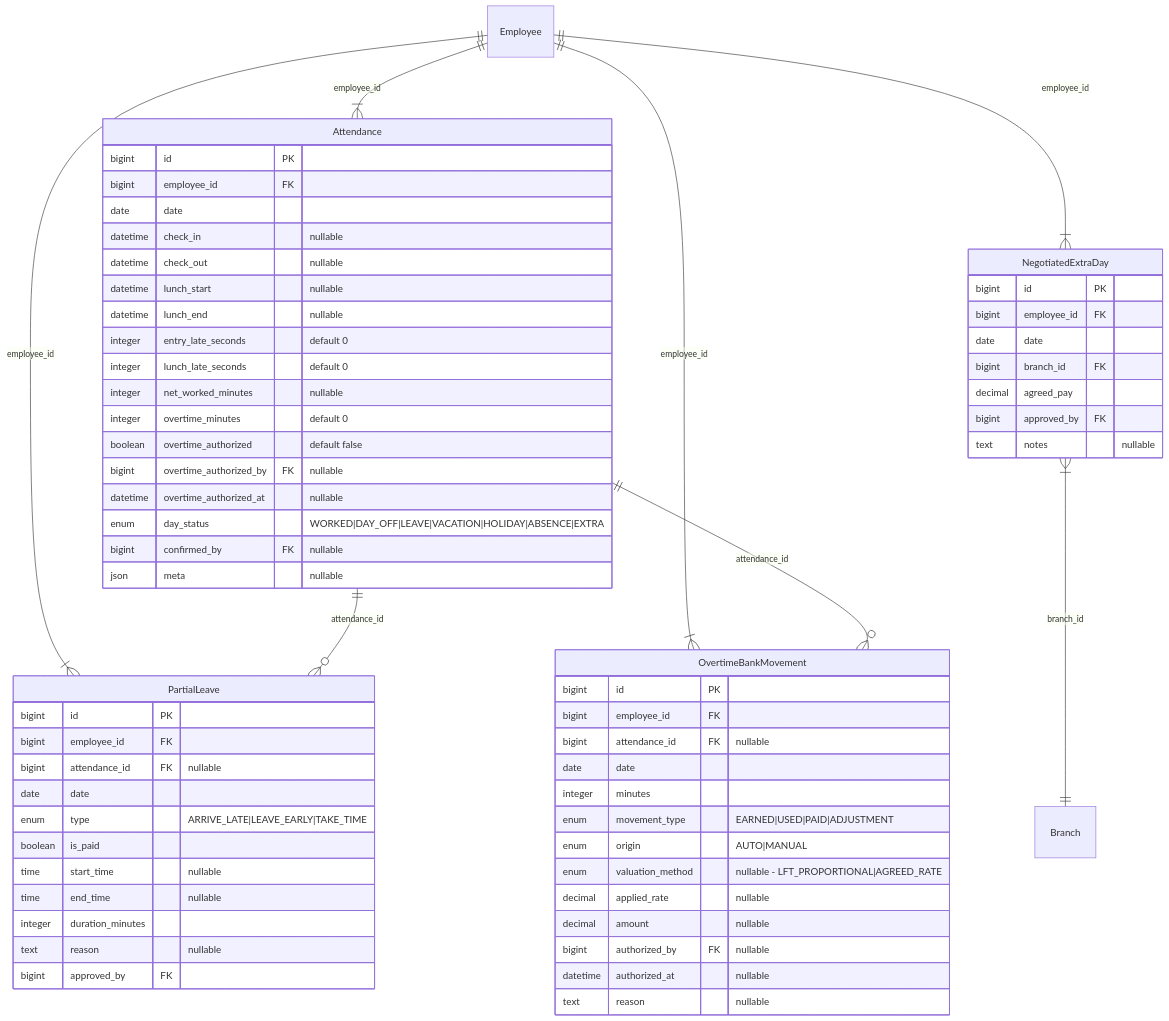
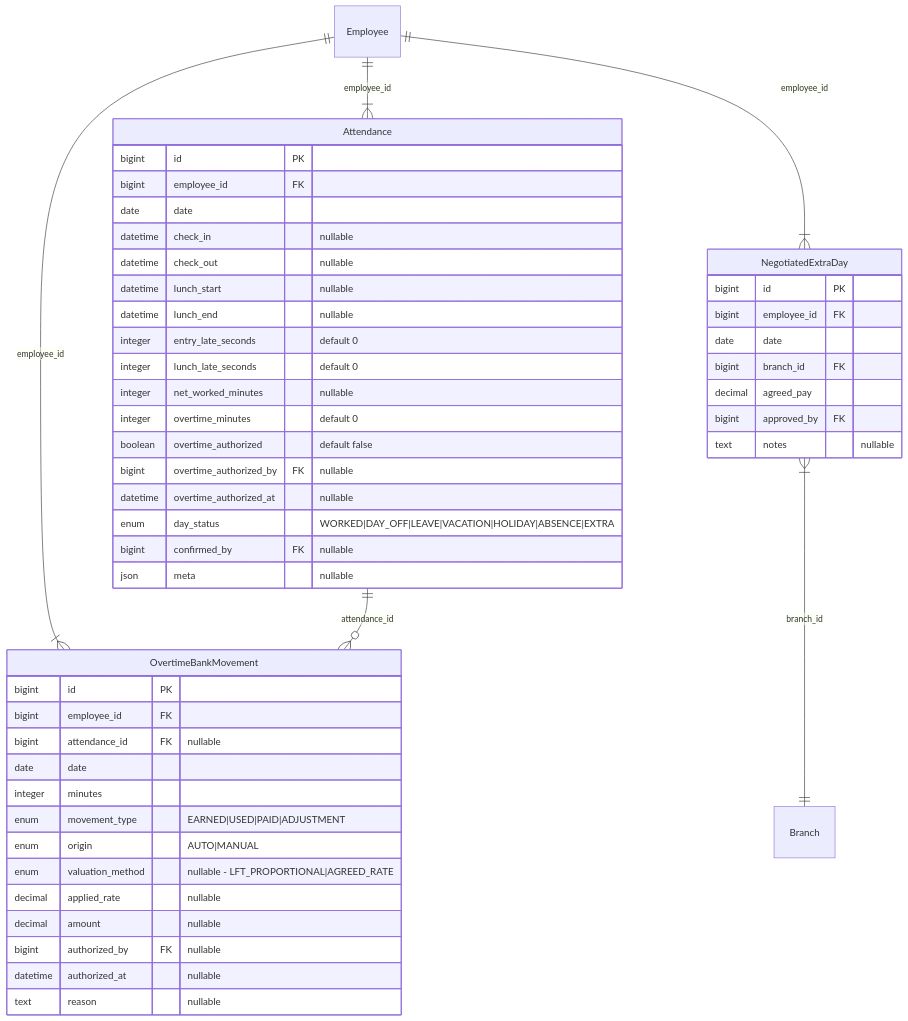
The second of 18 diagrams in doc/modules/attendance-payroll/attendance-payroll-domain-model.en.md (pakodiazdev/sushigo), drawn with Mermaid before and after one commit. The commit also changed other lines of this file and 6 other files, not shown here.

````diff
--- a/doc/modules/attendance-payroll/attendance-payroll-domain-model.en.md
+++ b/doc/modules/attendance-payroll/attendance-payroll-domain-model.en.md
@@ -132,72 +132,56 @@
 ```mermaid
 erDiagram
     Employee ||--|{ Attendance : "employee_id"
-    Employee ||--|{ PartialLeave : "employee_id"
     Employee ||--|{ NegotiatedExtraDay : "employee_id"
     Employee ||--|{ OvertimeBankMovement : "employee_id"
 
-    Attendance ||--o{ PartialLeave : "attendance_id"
     Attendance ||--o{ OvertimeBankMovement : "attendance_id"
 
     NegotiatedExtraDay }|--|| Branch : "branch_id"
 
     Attendance {
         bigint id PK
         bigint employee_id FK
         date date
         datetime check_in "nullable"
         datetime check_out "nullable"
         datetime lunch_start "nullable"
         datetime lunch_end "nullable"
         integer entry_late_seconds "default 0"
         integer lunch_late_seconds "default 0"
         integer net_worked_minutes "nullable"
         integer overtime_minutes "default 0"
         boolean overtime_authorized "default false"
         bigint overtime_authorized_by FK "nullable"
         datetime overtime_authorized_at "nullable"
         enum day_status "WORKED|DAY_OFF|LEAVE|VACATION|HOLIDAY|ABSENCE|EXTRA"
         bigint confirmed_by FK "nullable"
         json meta "nullable"
-    }
-
-    PartialLeave {
-        bigint id PK
-        bigint employee_id FK
-        bigint attendance_id FK "nullable"
-        date date
-        enum type "ARRIVE_LATE|LEAVE_EARLY|TAKE_TIME"
-        boolean is_paid
-        time start_time "nullable"
-        time end_time "nullable"
-        integer duration_minutes
-        text reason "nullable"
-        bigint approved_by FK
     }
 
     NegotiatedExtraDay {
         bigint id PK
         bigint employee_id FK
         date date
         bigint branch_id FK
         decimal agreed_pay
         bigint approved_by FK
         text notes "nullable"
     }
 
     OvertimeBankMovement {
         bigint id PK
         bigint employee_id FK
         bigint attendance_id FK "nullable"
         date date
         integer minutes
         enum movement_type "EARNED|USED|PAID|ADJUSTMENT"
         enum origin "AUTO|MANUAL"
         enum valuation_method "nullable - LFT_PROPORTIONAL|AGREED_RATE"
         decimal applied_rate "nullable"
         decimal amount "nullable"
         bigint authorized_by FK "nullable"
         datetime authorized_at "nullable"
         text reason "nullable"
     }
 ```
````
